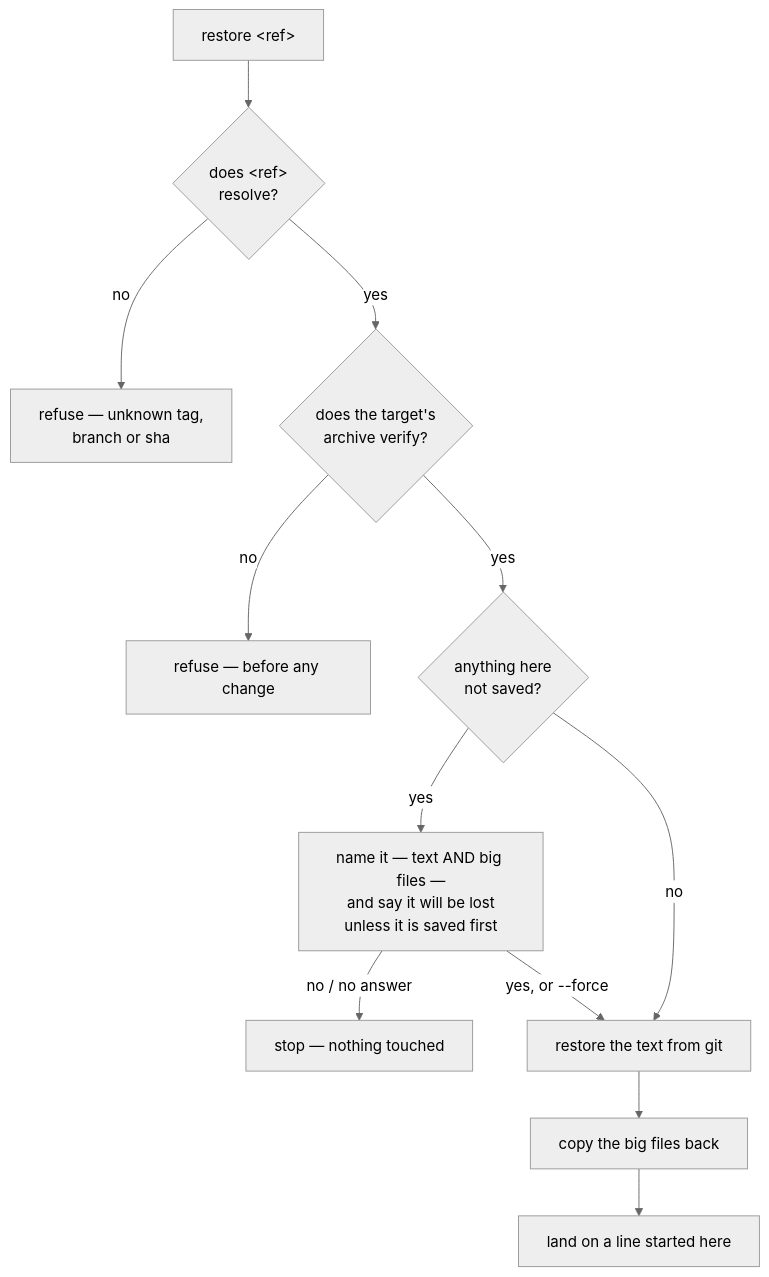
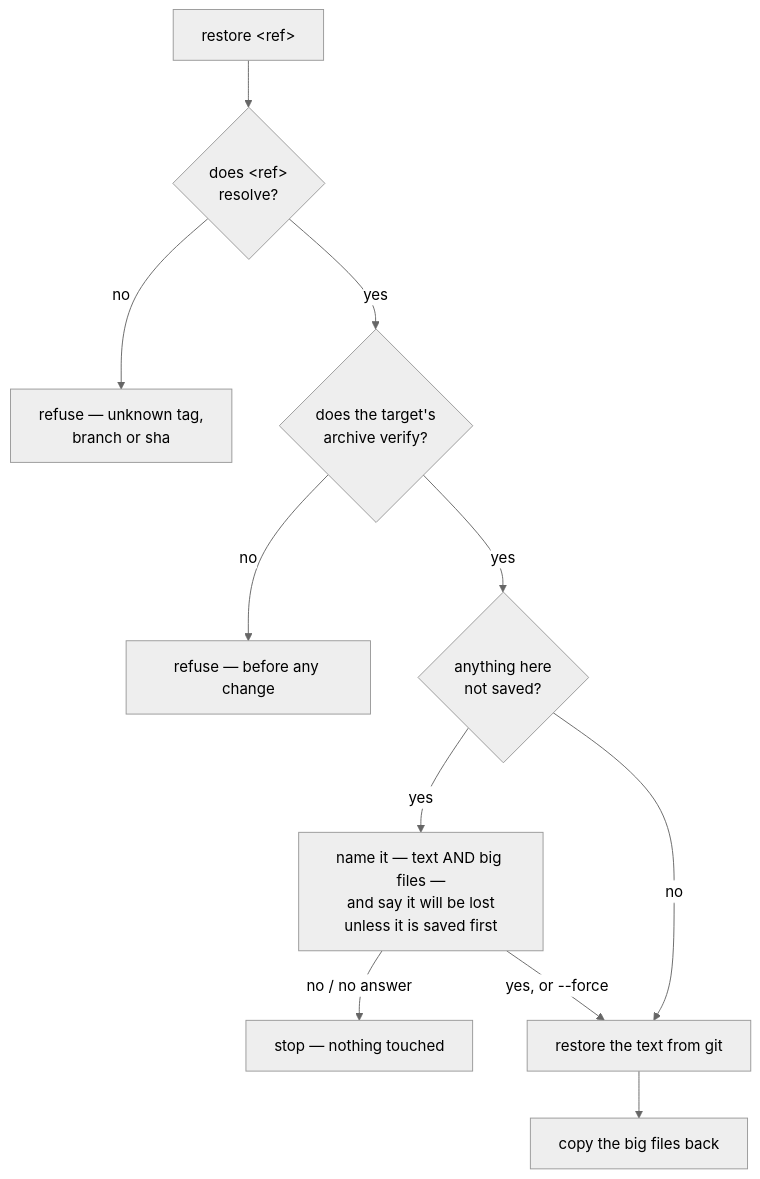
Before and after one commit to Qing-LAB/molbuilder: the third of 3 diagrams in docs/execution/checkpointing.md, drawn with Mermaid (neutral theme). The commit also changed other lines of this file, not shown here.

````diff
--- a/docs/execution/checkpointing.md
+++ b/docs/execution/checkpointing.md
@@ -346,14 +371,13 @@
 ```mermaid
 flowchart TB
     R["restore &lt;ref&gt;"] --> D0{"does &lt;ref&gt;<br/>resolve?"}
     D0 -->|"no"| X0["refuse — unknown tag,<br/>branch or sha"]
     D0 -->|"yes"| D3{"does the target's<br/>archive verify?"}
     D3 -->|"no"| X3["refuse — before any change"]
     D3 -->|"yes"| D1{"anything here<br/>not saved?"}
     D1 -->|"yes"| Q["name it — text AND big files —<br/>and say it will be lost<br/>unless it is saved first"]
     Q -->|"no / no answer"| X1["stop — nothing touched"]
     Q -->|"yes, or --force"| G
     D1 -->|"no"| G["restore the text from git"]
     G --> B["copy the big files back"]
-    B --> L["land on a line started here"]
 ```
````
